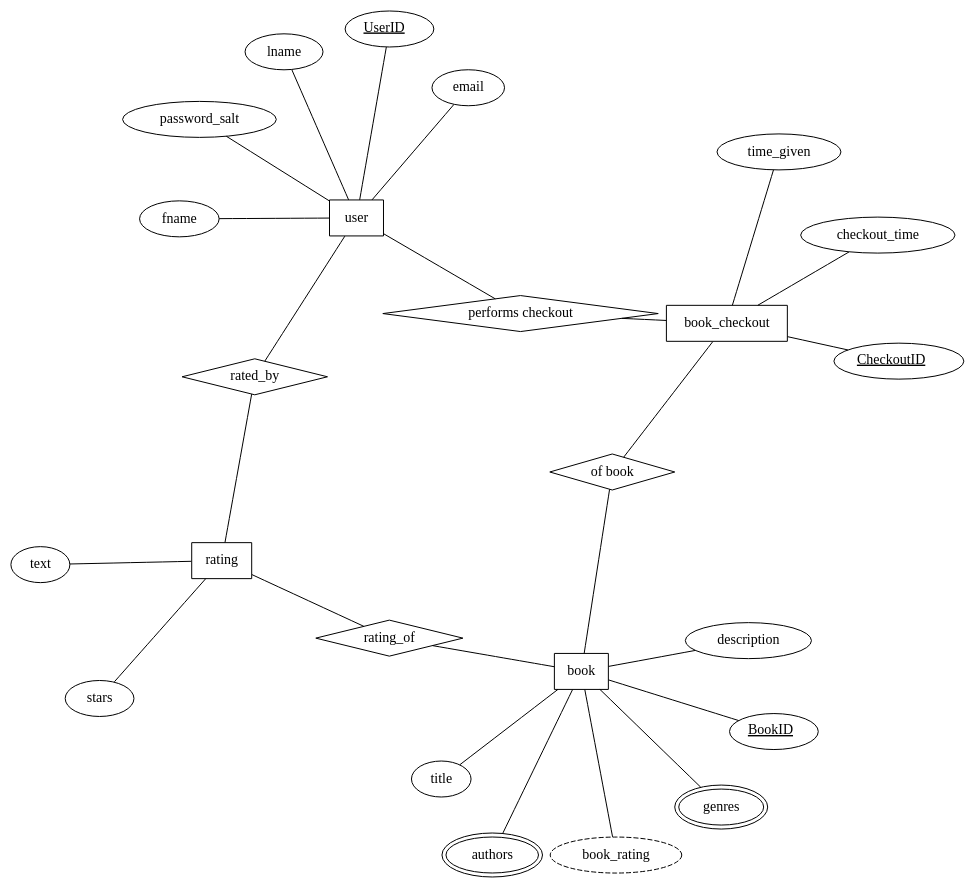
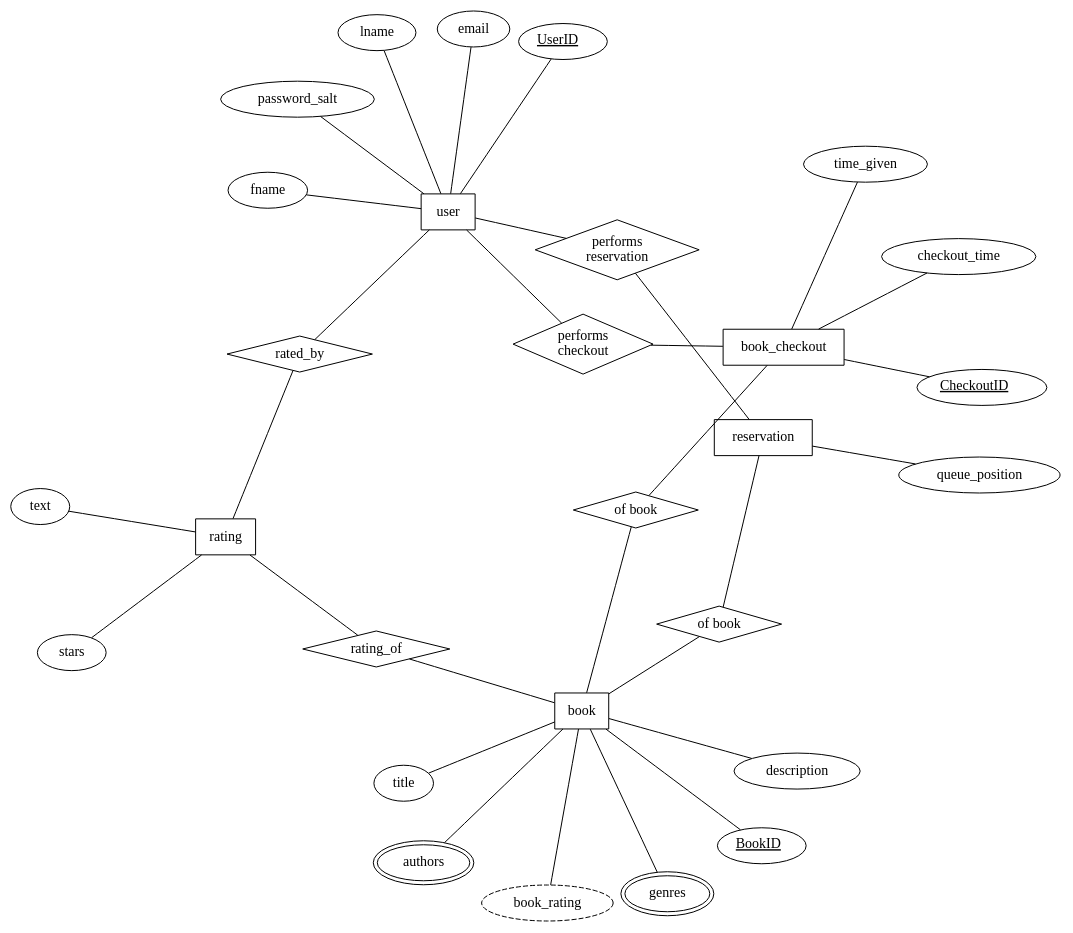
The diagram in ER_diagram.gv (h0se69/Library-Web-Management-App), drawn with Graphviz before and after one commit. The commit also changed other lines of this file, not shown here.

```diff
--- a/ER_diagram.gv
+++ b/ER_diagram.gv
@@ -1,62 +1,77 @@
 
 // USE TO VIEW
 // http://magjac.com/graphviz-visual-editor/
 
 digraph Lib{
     dir=none
-    layout="neato" // comment out layout if tree visualization is neater
-    overlap= false 
+    layout="neato"
+    overlap= false
     
     subgraph user{
         user [shape = box]
         UserID [label = <<u>UserID</u>>]
         user -> {fname;lname;email;password_salt;UserID} [dir = none]
     }
     
     
     subgraph book{
         book [shape = box]
         BookID [label = <<u>BookID</u>>]
         authors [peripheries=2]
         genres [peripheries=2]
         book_rating [style=dashed]
         book -> {BookID;authors;title;genres;description;book_rating} [dir = none]
         
     }
     
     subgraph checkout{
         book_checkout [shape = box]
-        performs_checkout [label= "performs checkout", shape=diamond]
+        performs_checkout [label= "performs \ncheckout", shape=diamond,margin="0,0"]
         of_book [label= "of book", shape=diamond]
         
         user->performs_checkout [dir=none]
-        performs_checkout -> book_checkout [dir=none] // If needed change to dir = back
+         book_checkout -> performs_checkout[dir=none] // If needed change to dir = back
         
-        performs_checkout -> of_book [color=invis, weight = 10] // to make it look nicer, can be removed
+          of_book -> performs_checkout[color=invis, weight = 10] // to make it look nicer, can be removed
         
         book -> of_book [dir=none]
         of_book->book_checkout [dir =none]
         
         CheckoutID [label = <<u>CheckoutID</u>>]
         
         book_checkout-> {CheckoutID;checkout_time;time_given}[dir=none]
     }
     
     subgraph rating { // Ratings will be done by users IN library for books IN library
     
         rating [shape=box]
         // RatingID [label = <<u>RatingID</u>>] // if needed then uncomment
         
         rating-> {stars;text} [dir=none]
         
         rated_by [shape=diamond]
         rating_of [shape=diamond]
         
         user->rated_by [dir=none]
         rated_by->rating [dir=none]
         book -> rating_of [dir=none]
         rating_of->rating [dir=none]
         
     }
     
+    subgraph reservation { // For when a book is already checked out but user wants it 
+        reservation [shape=box]
+        
+        reservation->{queue_position} [dir=none]
+        performs_reservation [label= "performs \nreservation", shape=diamond,margin="0,0"]
+        reservation_of_book [label= "of book", shape=diamond]
+        
+        user->performs_reservation[dir=none]
+        performs_reservation -> reservation [dir=none]
+        
+        reservation_of_book -> book[dir=none]
+        reservation -> reservation_of_book [dir=none]
+        
+    }
+    
 }
```
